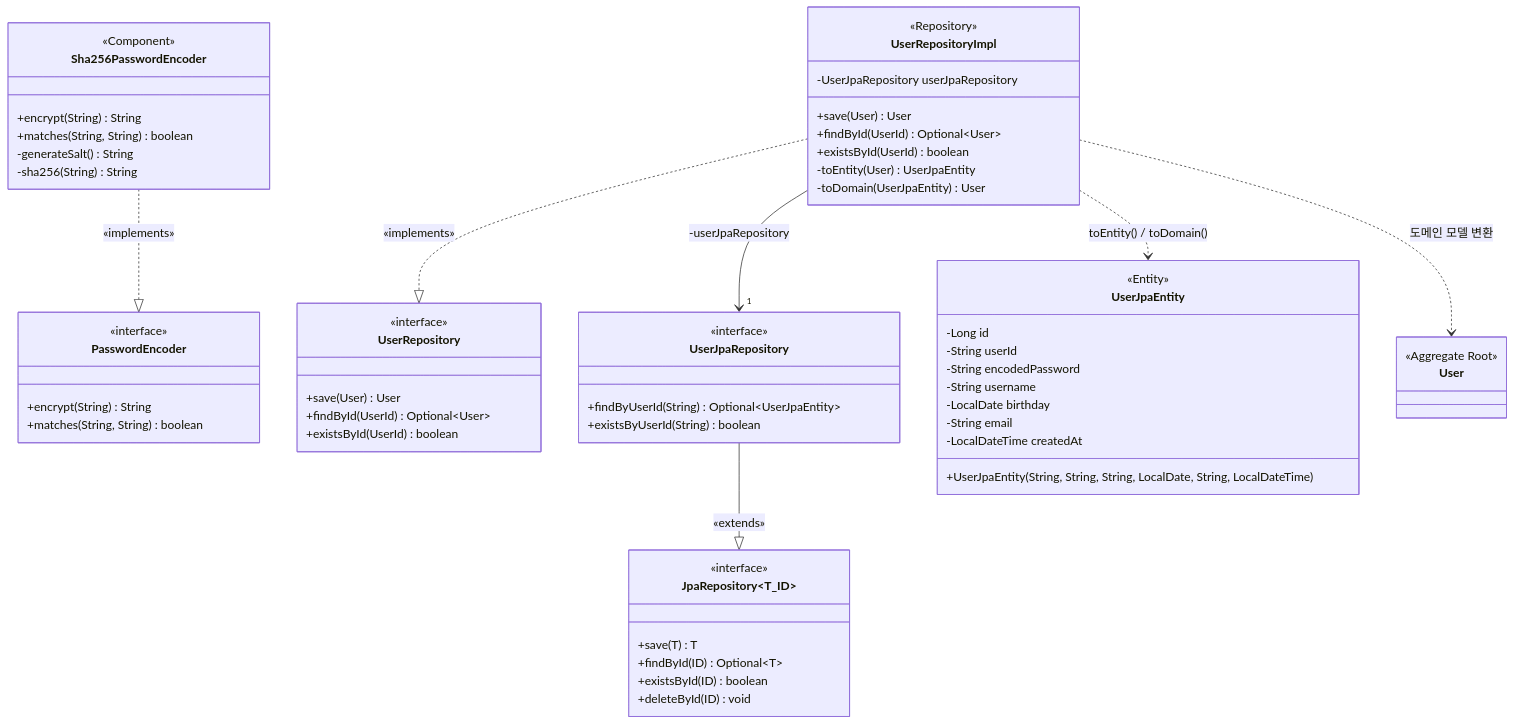
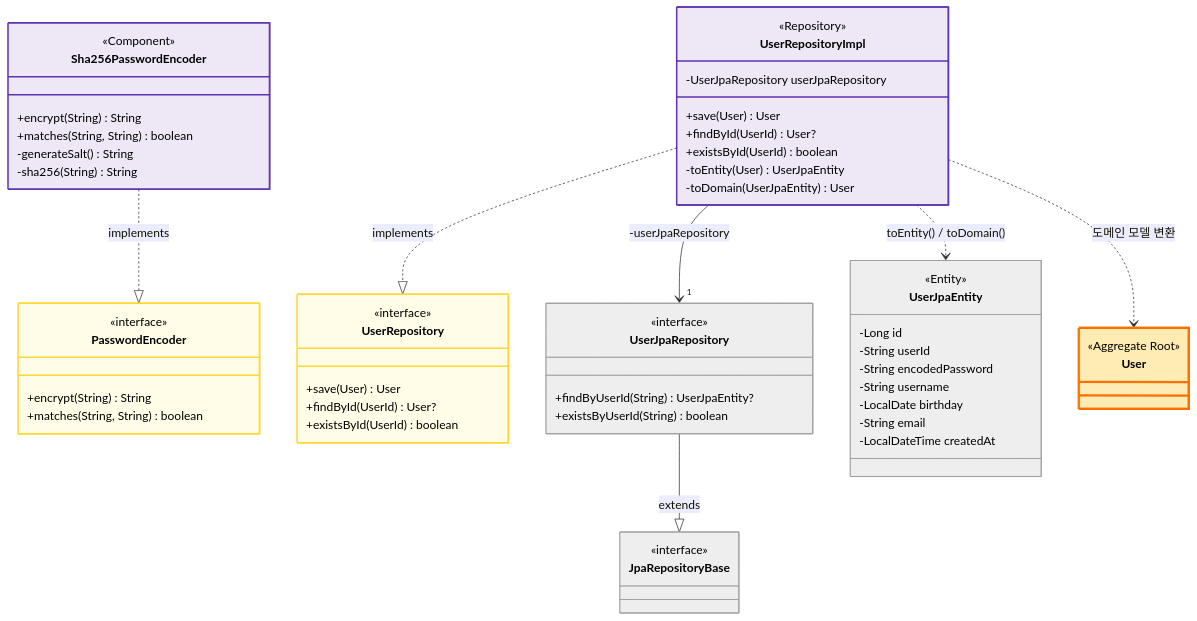
One commit to ukukdin/loop-pack-be-l2-vol3-java changed the fifth of 6 diagrams in .docs/design/03-class-diagram.md. Above: the diagram before and after it, drawn with Mermaid. The commit also changed other lines of this file and 1 other file, not shown here.

Commit message:
⏺ refactor: class-diagram 수정

````diff
--- a/.docs/design/03-class-diagram.md
+++ b/.docs/design/03-class-diagram.md
@@ -436,15 +480,13 @@
 classDiagram
     direction TB
 
-    %% Domain Interfaces (Port)
     class UserRepository {
         <<interface>>
         <<Domain Port>>
         +save(User) User
-        +findById(UserId) Optional~User~
+        +findById(UserId) User?
         +existsById(UserId) boolean
     }
-
     class PasswordEncoder {
         <<interface>>
         <<Domain Port>>
@@ -452,18 +494,16 @@
         +matches(String, String) boolean
     }
 
-    %% Infrastructure Adapters
     class UserRepositoryImpl {
         <<Repository>>
         <<Adapter>>
         -UserJpaRepository userJpaRepository
         +save(User) User
-        +findById(UserId) Optional~User~
+        +findById(UserId) User?
         +existsById(UserId) boolean
         -toEntity(User) UserJpaEntity
         -toDomain(UserJpaEntity) User
     }
-
     class Sha256PasswordEncoder {
         <<Component>>
         <<Adapter>>
@@ -473,23 +513,16 @@
         -sha256(String) String
     }
 
-    %% JPA
     class UserJpaRepository {
         <<interface>>
         <<Spring Data JPA>>
-        +findByUserId(String) Optional~UserJpaEntity~
+        +findByUserId(String) UserJpaEntity?
         +existsByUserId(String) boolean
     }
-
-    class JpaRepository~T_ID~ {
+    class JpaRepositoryBase {
         <<interface>>
         <<Spring Data>>
-        +save(T) T
-        +findById(ID) Optional~T~
-        +existsById(ID) boolean
-        +deleteById(ID) void
     }
-
     class UserJpaEntity {
         <<Entity>>
         -Long id
@@ -499,27 +532,34 @@
         -LocalDate birthday
         -String email
         -LocalDateTime createdAt
-        +UserJpaEntity(String, String, String, LocalDate, String, LocalDateTime)
     }
 
-    %% Domain Model (참조용)
     class User {
         <<Aggregate Root>>
     }
 
     %% === 관계 ===
+    %% 실체화 (Realization)
+    UserRepositoryImpl ..|> UserRepository : implements
+    Sha256PasswordEncoder ..|> PasswordEncoder : implements
 
-    %% 실체화 (Realization): 점선 + 빈 삼각형
-    UserRepositoryImpl ..|> UserRepository : «implements»
-    Sha256PasswordEncoder ..|> PasswordEncoder : «implements»
+    %% 일반화 (Generalization)
+    UserJpaRepository --|> JpaRepositoryBase : extends
 
-    %% 일반화 (Generalization): 실선 + 빈 삼각형
-    UserJpaRepository --|> JpaRepository~T_ID~ : «extends»
-
-    %% 연관 (Association): 필드 참조
+    %% 연관 (Association)
     UserRepositoryImpl --> "1" UserJpaRepository : -userJpaRepository
 
-    %% 의존 (Dependency): 메서드에서 변환 시 사용
+    %% 의존 (Dependency)
     UserRepositoryImpl ..> UserJpaEntity : toEntity() / toDomain()
     UserRepositoryImpl ..> User : 도메인 모델 변환
+
+    %% Styling
+    style UserRepository fill:#fffde7,stroke:#fdd835,stroke-width:2px,color:#000
+    style PasswordEncoder fill:#fffde7,stroke:#fdd835,stroke-width:2px,color:#000
+    style UserRepositoryImpl fill:#ede7f6,stroke:#5e35b1,stroke-width:2px,color:#000
+    style Sha256PasswordEncoder fill:#ede7f6,stroke:#5e35b1,stroke-width:2px,color:#000
+    style UserJpaRepository fill:#eeeeee,stroke:#9e9e9e,stroke-width:1px,color:#000
+    style JpaRepositoryBase fill:#eeeeee,stroke:#9e9e9e,stroke-width:1px,color:#000
+    style UserJpaEntity fill:#eeeeee,stroke:#9e9e9e,stroke-width:1px,color:#000
+    style User fill:#ffecb3,stroke:#ff6f00,stroke-width:3px,color:#000
 ```
````
